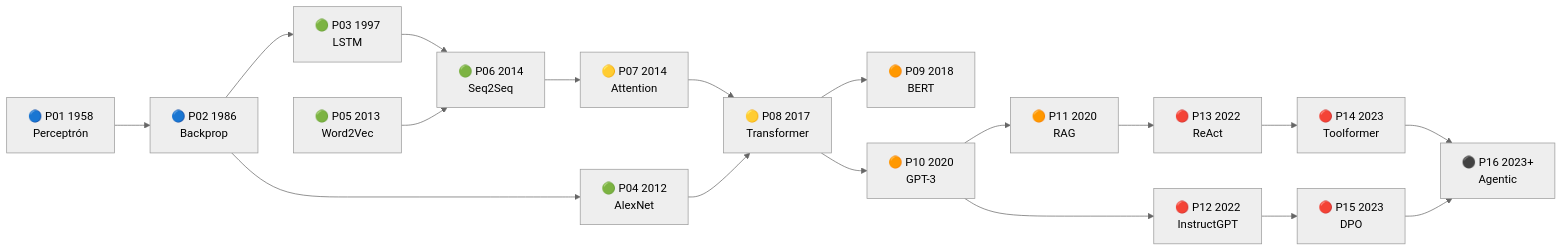
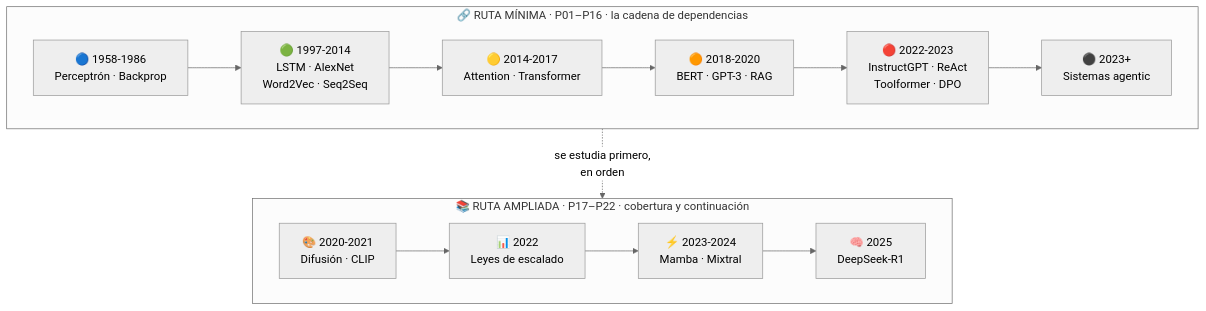
Before and after one commit to vladimiracunadev-create/artificial-intelligence-evolution-program: the first of 2 diagrams in papers/README.md, drawn with Mermaid (neutral theme). The commit also changed other lines of this file and 91 other files, not shown here.

````diff
--- a/papers/README.md
+++ b/papers/README.md
@@ -50,20 +53,18 @@
 ```mermaid
-flowchart LR
-    P01["🔵 P01 1958<br/>Perceptrón"] --> P02["🔵 P02 1986<br/>Backprop"]
-    P02 --> P03["🟢 P03 1997<br/>LSTM"]
-    P02 --> P04["🟢 P04 2012<br/>AlexNet"]
-    P03 --> P06["🟢 P06 2014<br/>Seq2Seq"]
-    P05["🟢 P05 2013<br/>Word2Vec"] --> P06
-    P06 --> P07["🟡 P07 2014<br/>Attention"]
-    P07 --> P08["🟡 P08 2017<br/>Transformer"]
-    P04 --> P08
-    P08 --> P09["🟠 P09 2018<br/>BERT"]
-    P08 --> P10["🟠 P10 2020<br/>GPT-3"]
-    P10 --> P11["🟠 P11 2020<br/>RAG"]
-    P10 --> P12["🔴 P12 2022<br/>InstructGPT"]
-    P11 --> P13["🔴 P13 2022<br/>ReAct"]
-    P13 --> P14["🔴 P14 2023<br/>Toolformer"]
-    P12 --> P15["🔴 P15 2023<br/>DPO"]
-    P14 --> P16["⚫ P16 2023+<br/>Agentic"]
-    P15 --> P16
+flowchart TD
+    subgraph MIN["🔗 RUTA MÍNIMA · P01–P16 · la cadena de dependencias"]
+        direction LR
+        A["🔵 1958-1986<br/>Perceptrón · Backprop"] --> B["🟢 1997-2014<br/>LSTM · AlexNet<br/>Word2Vec · Seq2Seq"]
+        B --> C["🟡 2014-2017<br/>Attention · Transformer"]
+        C --> D["🟠 2018-2020<br/>BERT · GPT-3 · RAG"]
+        D --> E["🔴 2022-2023<br/>InstructGPT · ReAct<br/>Toolformer · DPO"]
+        E --> F["⚫ 2023+<br/>Sistemas agentic"]
+    end
+    subgraph AMP["📚 RUTA AMPLIADA · P17–P22 · cobertura y continuación"]
+        direction LR
+        G["🎨 2020-2021<br/>Difusión · CLIP"] --> H["📊 2022<br/>Leyes de escalado"]
+        H --> I["⚡ 2023-2024<br/>Mamba · Mixtral"]
+        I --> J["🧠 2025<br/>DeepSeek-R1"]
+    end
+    MIN -.->|"se estudia primero,<br/>en orden"| AMP
 ```
````
